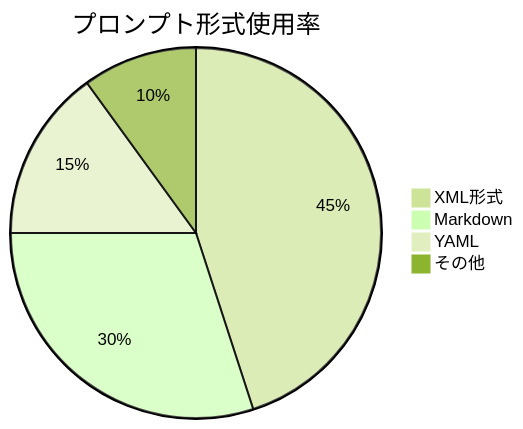
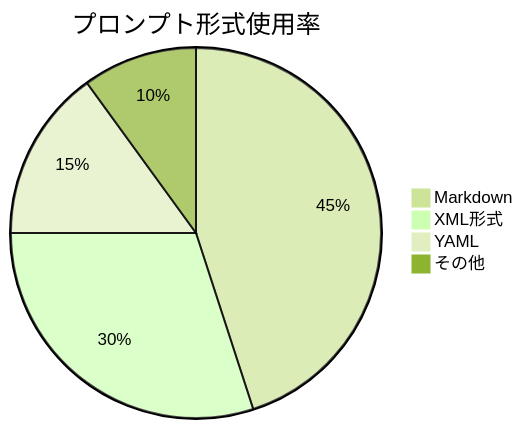
One commit to matsuni-kk/BMS changed the third of 4 diagrams in workspace/business_tasks_workspace/projects/company_ai_promotion/archive/documents/manuals/prompt_handson_guide.md. Above: the diagram before and after it, drawn with Mermaid (forest theme). The commit also changed other lines of this file and 1 other file, not shown here.

````diff
--- a/workspace/business_tasks_workspace/projects/company_ai_promotion/archive/documents/manuals/prompt_handson_guide.md
+++ b/workspace/business_tasks_workspace/projects/company_ai_promotion/archive/documents/manuals/prompt_handson_guide.md
@@ -137,8 +141,8 @@
 ```mermaid
 pie
     title プロンプト形式使用率
-    "XML形式" : 45
-    "Markdown" : 30
+    "Markdown" : 45
+    "XML形式" : 30
     "YAML" : 15
     "その他" : 10
 ```
````
